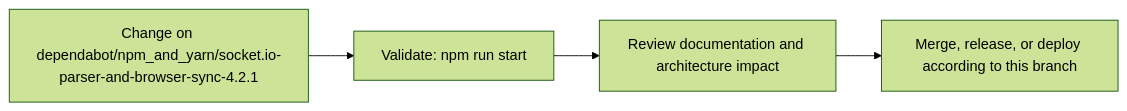
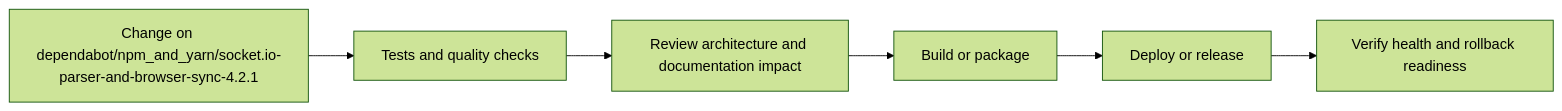
The fourth of 5 diagrams in README.md (Nischhalsubba/wp_Theme_Ronal), drawn with Mermaid (forest theme) before and after one commit. The commit also changed other lines of this file, not shown here.

````diff
--- a/README.md
+++ b/README.md
@@ -69,8 +146,8 @@
 ```mermaid
 flowchart LR
-    CHANGE["Change on dependabot/npm_and_yarn/socket.io-parser-and-browser-sync-4.2.1"]
-    CHECK["Validate: npm run start"]
-    REVIEW["Review documentation and architecture impact"]
-    RELEASE["Merge, release, or deploy according to this branch"]
-    CHANGE --> CHECK --> REVIEW --> RELEASE
+    CHANGE["Change on dependabot/npm_and_yarn/socket.io-parser-and-browser-sync-4.2.1"] --> CHECK["Tests and quality checks"]
+    CHECK --> REVIEW["Review architecture and documentation impact"]
+    REVIEW --> BUILD["Build or package"]
+    BUILD --> DEPLOY["Deploy or release"]
+    DEPLOY --> VERIFY["Verify health and rollback readiness"]
 ```
````
